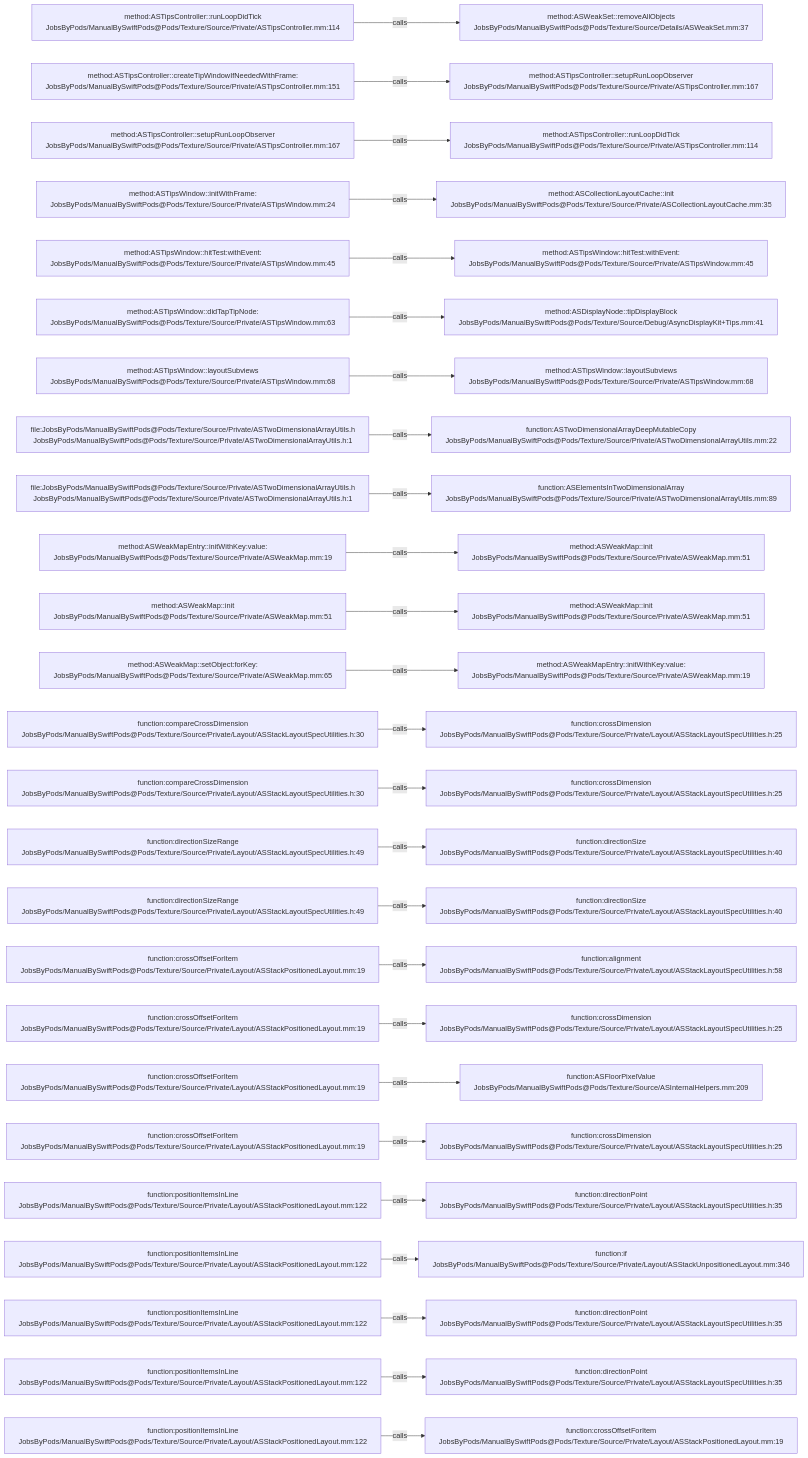
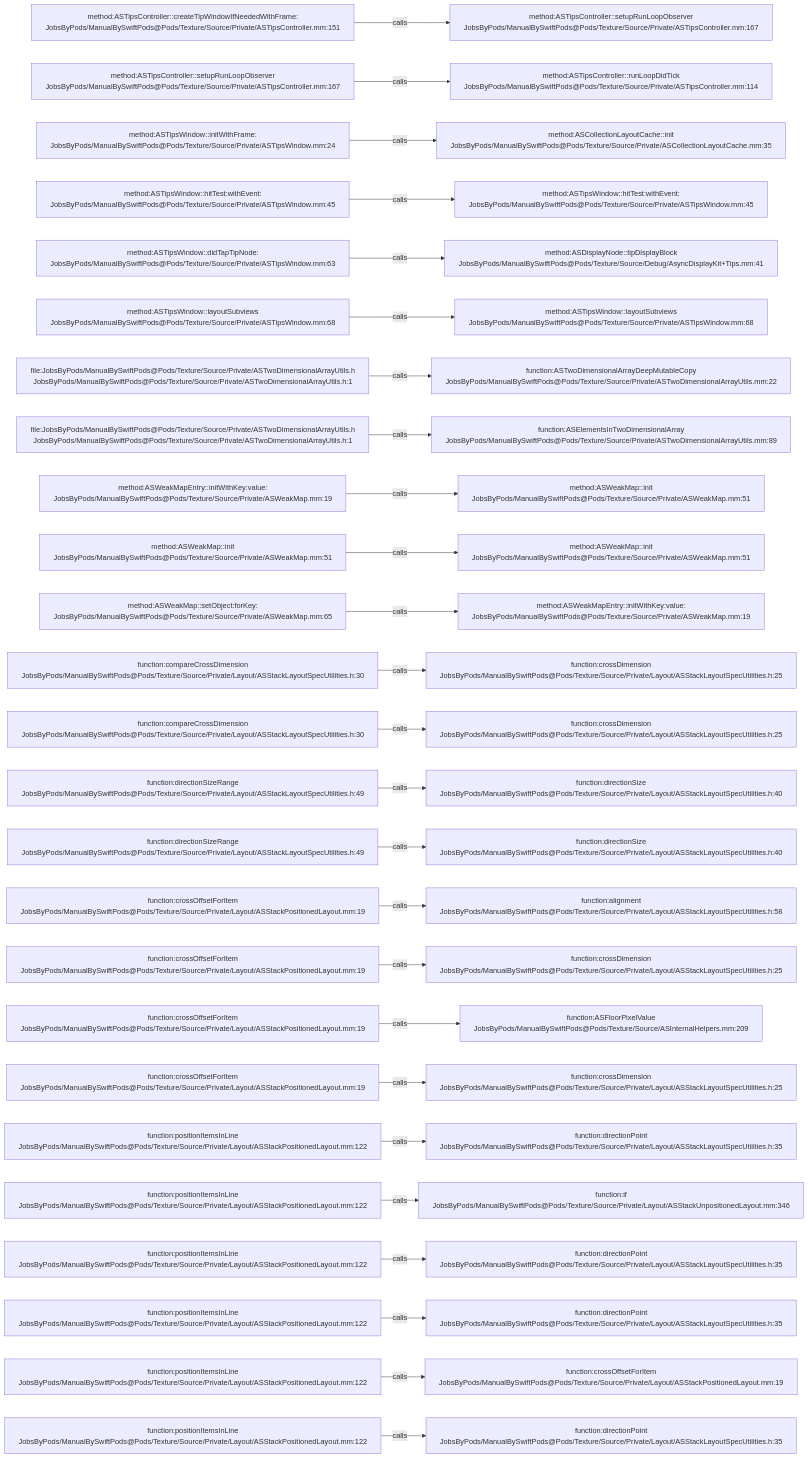
The diagram in .codegraph/codegraph.md/graphs/calls-123.md (JobsKits/JobsSwiftBaseConfigDemo), drawn with Mermaid before and after one commit. The commit also changed 747 other files, not shown here.

````diff
--- a/.codegraph/codegraph.md/graphs/calls-123.md
+++ b/.codegraph/codegraph.md/graphs/calls-123.md
@@ -13,78 +13,78 @@
 ```mermaid
 flowchart LR
-  S1["method:ASTipsController::runLoopDidTick<br/>JobsByPods/ManualBySwiftPods@Pods/Texture/Source/Private/ASTipsController.mm:114"]
-  T1["method:ASWeakSet::removeAllObjects<br/>JobsByPods/ManualBySwiftPods@Pods/Texture/Source/Details/ASWeakSet.mm:37"]
+  S1["method:ASTipsController::createTipWindowIfNeededWithFrame:<br/>JobsByPods/ManualBySwiftPods@Pods/Texture/Source/Private/ASTipsController.mm:151"]
+  T1["method:ASTipsController::setupRunLoopObserver<br/>JobsByPods/ManualBySwiftPods@Pods/Texture/Source/Private/ASTipsController.mm:167"]
   S1 -->|calls| T1
-  S2["method:ASTipsController::createTipWindowIfNeededWithFrame:<br/>JobsByPods/ManualBySwiftPods@Pods/Texture/Source/Private/ASTipsController.mm:151"]
-  T2["method:ASTipsController::setupRunLoopObserver<br/>JobsByPods/ManualBySwiftPods@Pods/Texture/Source/Private/ASTipsController.mm:167"]
+  S2["method:ASTipsController::setupRunLoopObserver<br/>JobsByPods/ManualBySwiftPods@Pods/Texture/Source/Private/ASTipsController.mm:167"]
+  T2["method:ASTipsController::runLoopDidTick<br/>JobsByPods/ManualBySwiftPods@Pods/Texture/Source/Private/ASTipsController.mm:114"]
   S2 -->|calls| T2
-  S3["method:ASTipsController::setupRunLoopObserver<br/>JobsByPods/ManualBySwiftPods@Pods/Texture/Source/Private/ASTipsController.mm:167"]
-  T3["method:ASTipsController::runLoopDidTick<br/>JobsByPods/ManualBySwiftPods@Pods/Texture/Source/Private/ASTipsController.mm:114"]
+  S3["method:ASTipsWindow::initWithFrame:<br/>JobsByPods/ManualBySwiftPods@Pods/Texture/Source/Private/ASTipsWindow.mm:24"]
+  T3["method:ASCollectionLayoutCache::init<br/>JobsByPods/ManualBySwiftPods@Pods/Texture/Source/Private/ASCollectionLayoutCache.mm:35"]
   S3 -->|calls| T3
-  S4["method:ASTipsWindow::initWithFrame:<br/>JobsByPods/ManualBySwiftPods@Pods/Texture/Source/Private/ASTipsWindow.mm:24"]
-  T4["method:ASCollectionLayoutCache::init<br/>JobsByPods/ManualBySwiftPods@Pods/Texture/Source/Private/ASCollectionLayoutCache.mm:35"]
+  S4["method:ASTipsWindow::hitTest:withEvent:<br/>JobsByPods/ManualBySwiftPods@Pods/Texture/Source/Private/ASTipsWindow.mm:45"]
+  T4["method:ASTipsWindow::hitTest:withEvent:<br/>JobsByPods/ManualBySwiftPods@Pods/Texture/Source/Private/ASTipsWindow.mm:45"]
   S4 -->|calls| T4
-  S5["method:ASTipsWindow::hitTest:withEvent:<br/>JobsByPods/ManualBySwiftPods@Pods/Texture/Source/Private/ASTipsWindow.mm:45"]
-  T5["method:ASTipsWindow::hitTest:withEvent:<br/>JobsByPods/ManualBySwiftPods@Pods/Texture/Source/Private/ASTipsWindow.mm:45"]
+  S5["method:ASTipsWindow::didTapTipNode:<br/>JobsByPods/ManualBySwiftPods@Pods/Texture/Source/Private/ASTipsWindow.mm:63"]
+  T5["method:ASDisplayNode::tipDisplayBlock<br/>JobsByPods/ManualBySwiftPods@Pods/Texture/Source/Debug/AsyncDisplayKit+Tips.mm:41"]
   S5 -->|calls| T5
-  S6["method:ASTipsWindow::didTapTipNode:<br/>JobsByPods/ManualBySwiftPods@Pods/Texture/Source/Private/ASTipsWindow.mm:63"]
-  T6["method:ASDisplayNode::tipDisplayBlock<br/>JobsByPods/ManualBySwiftPods@Pods/Texture/Source/Debug/AsyncDisplayKit+Tips.mm:41"]
+  S6["method:ASTipsWindow::layoutSubviews<br/>JobsByPods/ManualBySwiftPods@Pods/Texture/Source/Private/ASTipsWindow.mm:68"]
+  T6["method:ASTipsWindow::layoutSubviews<br/>JobsByPods/ManualBySwiftPods@Pods/Texture/Source/Private/ASTipsWindow.mm:68"]
   S6 -->|calls| T6
-  S7["method:ASTipsWindow::layoutSubviews<br/>JobsByPods/ManualBySwiftPods@Pods/Texture/Source/Private/ASTipsWindow.mm:68"]
-  T7["method:ASTipsWindow::layoutSubviews<br/>JobsByPods/ManualBySwiftPods@Pods/Texture/Source/Private/ASTipsWindow.mm:68"]
+  S7["file:JobsByPods/ManualBySwiftPods@Pods/Texture/Source/Private/ASTwoDimensionalArrayUtils.h<br/>JobsByPods/ManualBySwiftPods@Pods/Texture/Source/Private/ASTwoDimensionalArrayUtils.h:1"]
+  T7["function:ASTwoDimensionalArrayDeepMutableCopy<br/>JobsByPods/ManualBySwiftPods@Pods/Texture/Source/Private/ASTwoDimensionalArrayUtils.mm:22"]
   S7 -->|calls| T7
   S8["file:JobsByPods/ManualBySwiftPods@Pods/Texture/Source/Private/ASTwoDimensionalArrayUtils.h<br/>JobsByPods/ManualBySwiftPods@Pods/Texture/Source/Private/ASTwoDimensionalArrayUtils.h:1"]
-  T8["function:ASTwoDimensionalArrayDeepMutableCopy<br/>JobsByPods/ManualBySwiftPods@Pods/Texture/Source/Private/ASTwoDimensionalArrayUtils.mm:22"]
+  T8["function:ASElementsInTwoDimensionalArray<br/>JobsByPods/ManualBySwiftPods@Pods/Texture/Source/Private/ASTwoDimensionalArrayUtils.mm:89"]
   S8 -->|calls| T8
-  S9["file:JobsByPods/ManualBySwiftPods@Pods/Texture/Source/Private/ASTwoDimensionalArrayUtils.h<br/>JobsByPods/ManualBySwiftPods@Pods/Texture/Source/Private/ASTwoDimensionalArrayUtils.h:1"]
-  T9["function:ASElementsInTwoDimensionalArray<br/>JobsByPods/ManualBySwiftPods@Pods/Texture/Source/Private/ASTwoDimensionalArrayUtils.mm:89"]
+  S9["method:ASWeakMapEntry::initWithKey:value:<br/>JobsByPods/ManualBySwiftPods@Pods/Texture/Source/Private/ASWeakMap.mm:19"]
+  T9["method:ASWeakMap::init<br/>JobsByPods/ManualBySwiftPods@Pods/Texture/Source/Private/ASWeakMap.mm:51"]
   S9 -->|calls| T9
-  S10["method:ASWeakMapEntry::initWithKey:value:<br/>JobsByPods/ManualBySwiftPods@Pods/Texture/Source/Private/ASWeakMap.mm:19"]
+  S10["method:ASWeakMap::init<br/>JobsByPods/ManualBySwiftPods@Pods/Texture/Source/Private/ASWeakMap.mm:51"]
   T10["method:ASWeakMap::init<br/>JobsByPods/ManualBySwiftPods@Pods/Texture/Source/Private/ASWeakMap.mm:51"]
   S10 -->|calls| T10
-  S11["method:ASWeakMap::init<br/>JobsByPods/ManualBySwiftPods@Pods/Texture/Source/Private/ASWeakMap.mm:51"]
-  T11["method:ASWeakMap::init<br/>JobsByPods/ManualBySwiftPods@Pods/Texture/Source/Private/ASWeakMap.mm:51"]
+  S11["method:ASWeakMap::setObject:forKey:<br/>JobsByPods/ManualBySwiftPods@Pods/Texture/Source/Private/ASWeakMap.mm:65"]
+  T11["method:ASWeakMapEntry::initWithKey:value:<br/>JobsByPods/ManualBySwiftPods@Pods/Texture/Source/Private/ASWeakMap.mm:19"]
   S11 -->|calls| T11
-  S12["method:ASWeakMap::setObject:forKey:<br/>JobsByPods/ManualBySwiftPods@Pods/Texture/Source/Private/ASWeakMap.mm:65"]
-  T12["method:ASWeakMapEntry::initWithKey:value:<br/>JobsByPods/ManualBySwiftPods@Pods/Texture/Source/Private/ASWeakMap.mm:19"]
+  S12["function:compareCrossDimension<br/>JobsByPods/ManualBySwiftPods@Pods/Texture/Source/Private/Layout/ASStackLayoutSpecUtilities.h:30"]
+  T12["function:crossDimension<br/>JobsByPods/ManualBySwiftPods@Pods/Texture/Source/Private/Layout/ASStackLayoutSpecUtilities.h:25"]
   S12 -->|calls| T12
   S13["function:compareCrossDimension<br/>JobsByPods/ManualBySwiftPods@Pods/Texture/Source/Private/Layout/ASStackLayoutSpecUtilities.h:30"]
   T13["function:crossDimension<br/>JobsByPods/ManualBySwiftPods@Pods/Texture/Source/Private/Layout/ASStackLayoutSpecUtilities.h:25"]
   S13 -->|calls| T13
-  S14["function:compareCrossDimension<br/>JobsByPods/ManualBySwiftPods@Pods/Texture/Source/Private/Layout/ASStackLayoutSpecUtilities.h:30"]
-  T14["function:crossDimension<br/>JobsByPods/ManualBySwiftPods@Pods/Texture/Source/Private/Layout/ASStackLayoutSpecUtilities.h:25"]
+  S14["function:directionSizeRange<br/>JobsByPods/ManualBySwiftPods@Pods/Texture/Source/Private/Layout/ASStackLayoutSpecUtilities.h:49"]
+  T14["function:directionSize<br/>JobsByPods/ManualBySwiftPods@Pods/Texture/Source/Private/Layout/ASStackLayoutSpecUtilities.h:40"]
   S14 -->|calls| T14
   S15["function:directionSizeRange<br/>JobsByPods/ManualBySwiftPods@Pods/Texture/Source/Private/Layout/ASStackLayoutSpecUtilities.h:49"]
   T15["function:directionSize<br/>JobsByPods/ManualBySwiftPods@Pods/Texture/Source/Private/Layout/ASStackLayoutSpecUtilities.h:40"]
   S15 -->|calls| T15
-  S16["function:directionSizeRange<br/>JobsByPods/ManualBySwiftPods@Pods/Texture/Source/Private/Layout/ASStackLayoutSpecUtilities.h:49"]
-  T16["function:directionSize<br/>JobsByPods/ManualBySwiftPods@Pods/Texture/Source/Private/Layout/ASStackLayoutSpecUtilities.h:40"]
+  S16["function:crossOffsetForItem<br/>JobsByPods/ManualBySwiftPods@Pods/Texture/Source/Private/Layout/ASStackPositionedLayout.mm:19"]
+  T16["function:alignment<br/>JobsByPods/ManualBySwiftPods@Pods/Texture/Source/Private/Layout/ASStackLayoutSpecUtilities.h:58"]
   S16 -->|calls| T16
   S17["function:crossOffsetForItem<br/>JobsByPods/ManualBySwiftPods@Pods/Texture/Source/Private/Layout/ASStackPositionedLayout.mm:19"]
-  T17["function:alignment<br/>JobsByPods/ManualBySwiftPods@Pods/Texture/Source/Private/Layout/ASStackLayoutSpecUtilities.h:58"]
+  T17["function:crossDimension<br/>JobsByPods/ManualBySwiftPods@Pods/Texture/Source/Private/Layout/ASStackLayoutSpecUtilities.h:25"]
   S17 -->|calls| T17
   S18["function:crossOffsetForItem<br/>JobsByPods/ManualBySwiftPods@Pods/Texture/Source/Private/Layout/ASStackPositionedLayout.mm:19"]
-  T18["function:crossDimension<br/>JobsByPods/ManualBySwiftPods@Pods/Texture/Source/Private/Layout/ASStackLayoutSpecUtilities.h:25"]
+  T18["function:ASFloorPixelValue<br/>JobsByPods/ManualBySwiftPods@Pods/Texture/Source/ASInternalHelpers.mm:209"]
   S18 -->|calls| T18
   S19["function:crossOffsetForItem<br/>JobsByPods/ManualBySwiftPods@Pods/Texture/Source/Private/Layout/ASStackPositionedLayout.mm:19"]
-  T19["function:ASFloorPixelValue<br/>JobsByPods/ManualBySwiftPods@Pods/Texture/Source/ASInternalHelpers.mm:209"]
+  T19["function:crossDimension<br/>JobsByPods/ManualBySwiftPods@Pods/Texture/Source/Private/Layout/ASStackLayoutSpecUtilities.h:25"]
   S19 -->|calls| T19
-  S20["function:crossOffsetForItem<br/>JobsByPods/ManualBySwiftPods@Pods/Texture/Source/Private/Layout/ASStackPositionedLayout.mm:19"]
-  T20["function:crossDimension<br/>JobsByPods/ManualBySwiftPods@Pods/Texture/Source/Private/Layout/ASStackLayoutSpecUtilities.h:25"]
+  S20["function:positionItemsInLine<br/>JobsByPods/ManualBySwiftPods@Pods/Texture/Source/Private/Layout/ASStackPositionedLayout.mm:122"]
+  T20["function:directionPoint<br/>JobsByPods/ManualBySwiftPods@Pods/Texture/Source/Private/Layout/ASStackLayoutSpecUtilities.h:35"]
   S20 -->|calls| T20
   S21["function:positionItemsInLine<br/>JobsByPods/ManualBySwiftPods@Pods/Texture/Source/Private/Layout/ASStackPositionedLayout.mm:122"]
-  T21["function:directionPoint<br/>JobsByPods/ManualBySwiftPods@Pods/Texture/Source/Private/Layout/ASStackLayoutSpecUtilities.h:35"]
+  T21["function:if<br/>JobsByPods/ManualBySwiftPods@Pods/Texture/Source/Private/Layout/ASStackUnpositionedLayout.mm:346"]
   S21 -->|calls| T21
   S22["function:positionItemsInLine<br/>JobsByPods/ManualBySwiftPods@Pods/Texture/Source/Private/Layout/ASStackPositionedLayout.mm:122"]
-  T22["function:if<br/>JobsByPods/ManualBySwiftPods@Pods/Texture/Source/Private/Layout/ASStackUnpositionedLayout.mm:346"]
+  T22["function:directionPoint<br/>JobsByPods/ManualBySwiftPods@Pods/Texture/Source/Private/Layout/ASStackLayoutSpecUtilities.h:35"]
   S22 -->|calls| T22
   S23["function:positionItemsInLine<br/>JobsByPods/ManualBySwiftPods@Pods/Texture/Source/Private/Layout/ASStackPositionedLayout.mm:122"]
   T23["function:directionPoint<br/>JobsByPods/ManualBySwiftPods@Pods/Texture/Source/Private/Layout/ASStackLayoutSpecUtilities.h:35"]
   S23 -->|calls| T23
   S24["function:positionItemsInLine<br/>JobsByPods/ManualBySwiftPods@Pods/Texture/Source/Private/Layout/ASStackPositionedLayout.mm:122"]
-  T24["function:directionPoint<br/>JobsByPods/ManualBySwiftPods@Pods/Texture/Source/Private/Layout/ASStackLayoutSpecUtilities.h:35"]
+  T24["function:crossOffsetForItem<br/>JobsByPods/ManualBySwiftPods@Pods/Texture/Source/Private/Layout/ASStackPositionedLayout.mm:19"]
   S24 -->|calls| T24
   S25["function:positionItemsInLine<br/>JobsByPods/ManualBySwiftPods@Pods/Texture/Source/Private/Layout/ASStackPositionedLayout.mm:122"]
-  T25["function:crossOffsetForItem<br/>JobsByPods/ManualBySwiftPods@Pods/Texture/Source/Private/Layout/ASStackPositionedLayout.mm:19"]
+  T25["function:directionPoint<br/>JobsByPods/ManualBySwiftPods@Pods/Texture/Source/Private/Layout/ASStackLayoutSpecUtilities.h:35"]
   S25 -->|calls| T25
 ```
````
